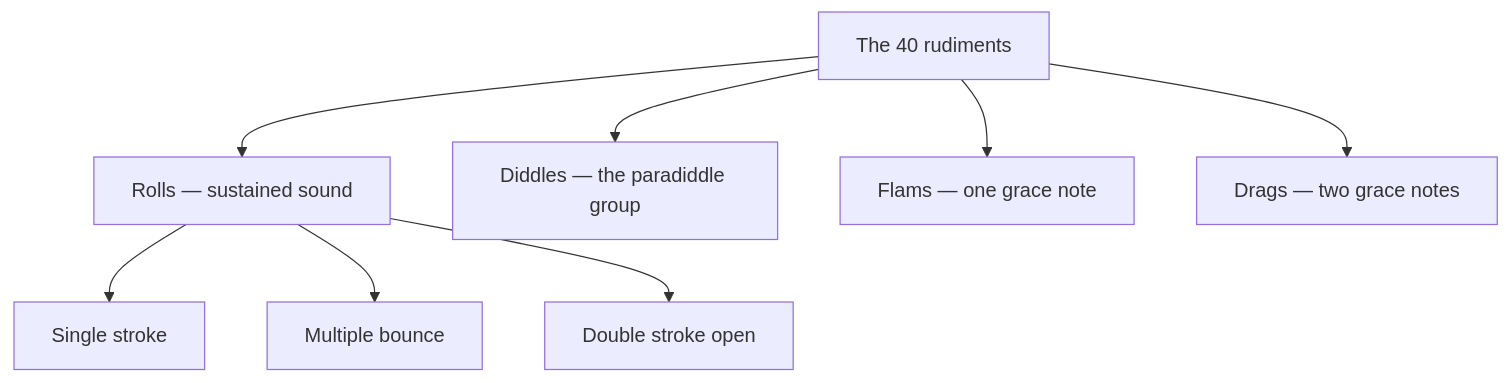
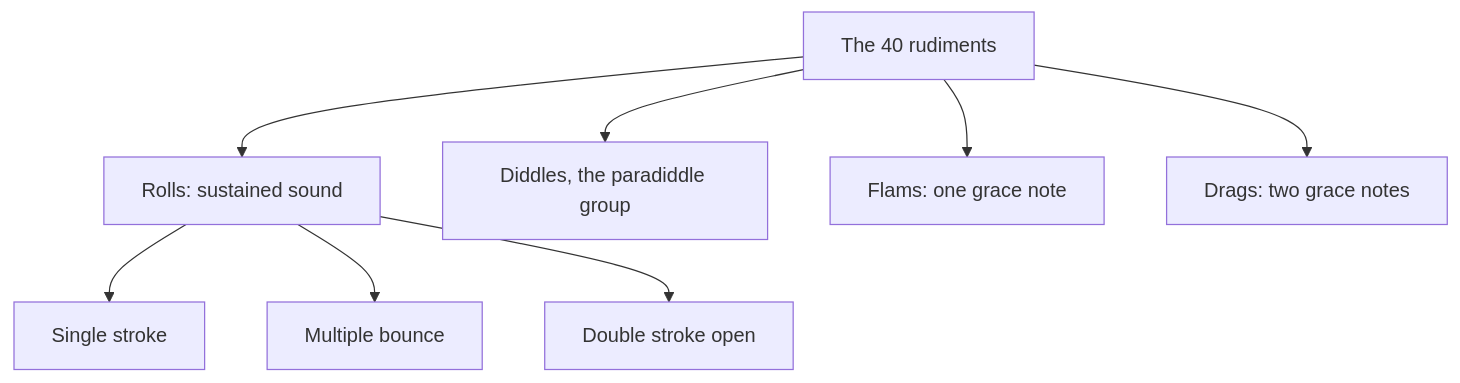
One commit to kennethreitz/kennethreitz.org changed the diagram in data/knowledge/music/drum-rudiments/index.md. Above: the diagram before and after it, drawn with Mermaid. The commit also changed other lines of this file and 879 other files, not shown here.

````diff
--- a/data/knowledge/music/drum-rudiments/index.md
+++ b/data/knowledge/music/drum-rudiments/index.md
@@ -16,11 +16,11 @@
 ```mermaid
 flowchart TD
     R["The 40 rudiments"]
-    R --> Ro["Rolls — sustained sound"]
-    R --> Di["Diddles — the paradiddle group"]
-    R --> Fl["Flams — one grace note"]
-    R --> Dr["Drags — two grace notes"]
+    R --> Ro["Rolls: sustained sound"]
+    R --> Di["Diddles, the paradiddle group"]
+    R --> Fl["Flams: one grace note"]
+    R --> Dr["Drags: two grace notes"]
     Ro --> S["Single stroke"]
     Ro --> Mb["Multiple bounce"]
     Ro --> Ds["Double stroke open"]
 ```
````
